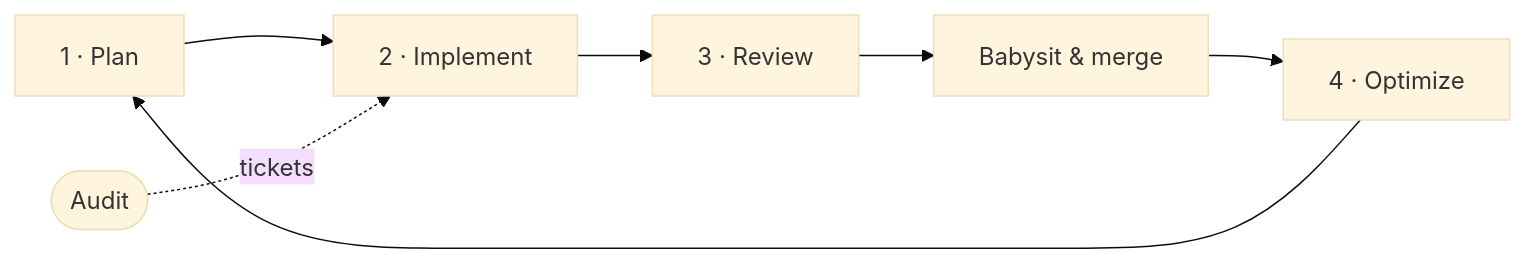
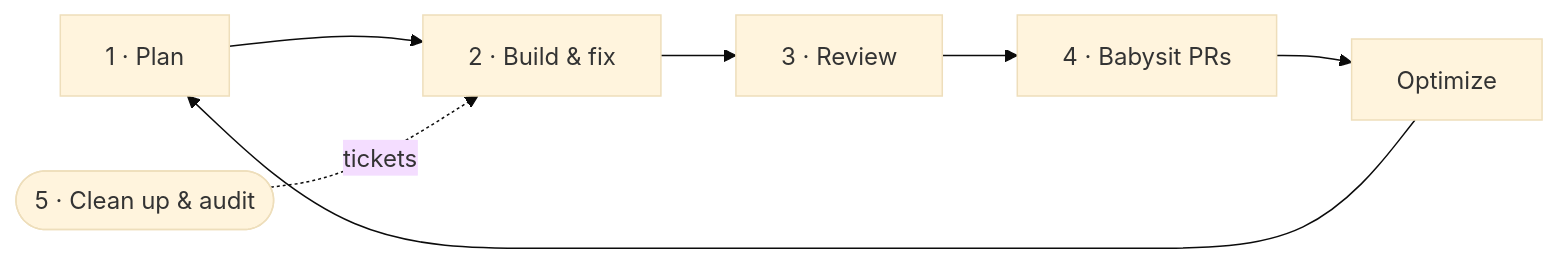
One commit to tobimey/ace changed the diagram in README.md. Above: the diagram before and after it, drawn with Mermaid (base theme). The commit also changed other lines of this file and 23 other files, not shown here.

````diff
--- a/README.md
+++ b/README.md
@@ -71,9 +35,9 @@
 ```mermaid
 flowchart LR
-    P["1 · Plan"] --> I["2 · Implement"]
+    P["1 · Plan"] --> I["2 · Build & fix"]
     I --> R["3 · Review"]
-    R --> M["Babysit & merge"]
-    M --> O["4 · Optimize"]
+    R --> M["4 · Babysit PRs"]
+    M --> O["Optimize"]
     O --> P
-    A(["Audit"]) -. tickets .-> I
+    A(["5 · Clean up & audit"]) -. tickets .-> I
 ```
````
